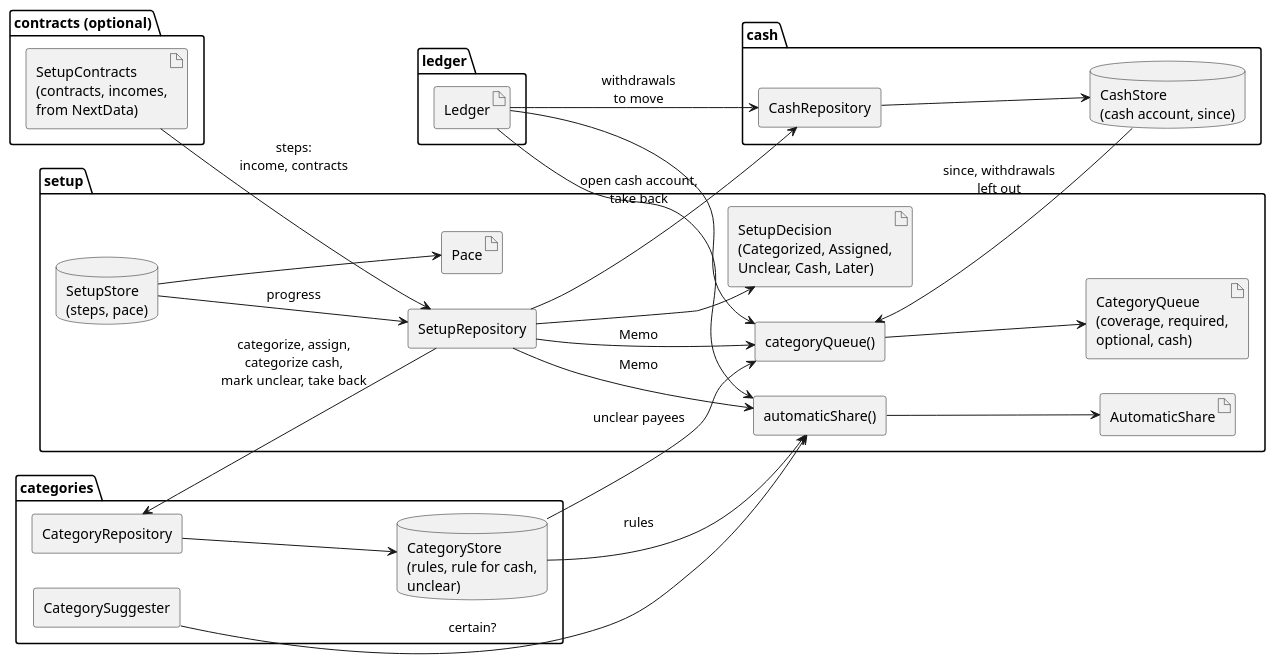
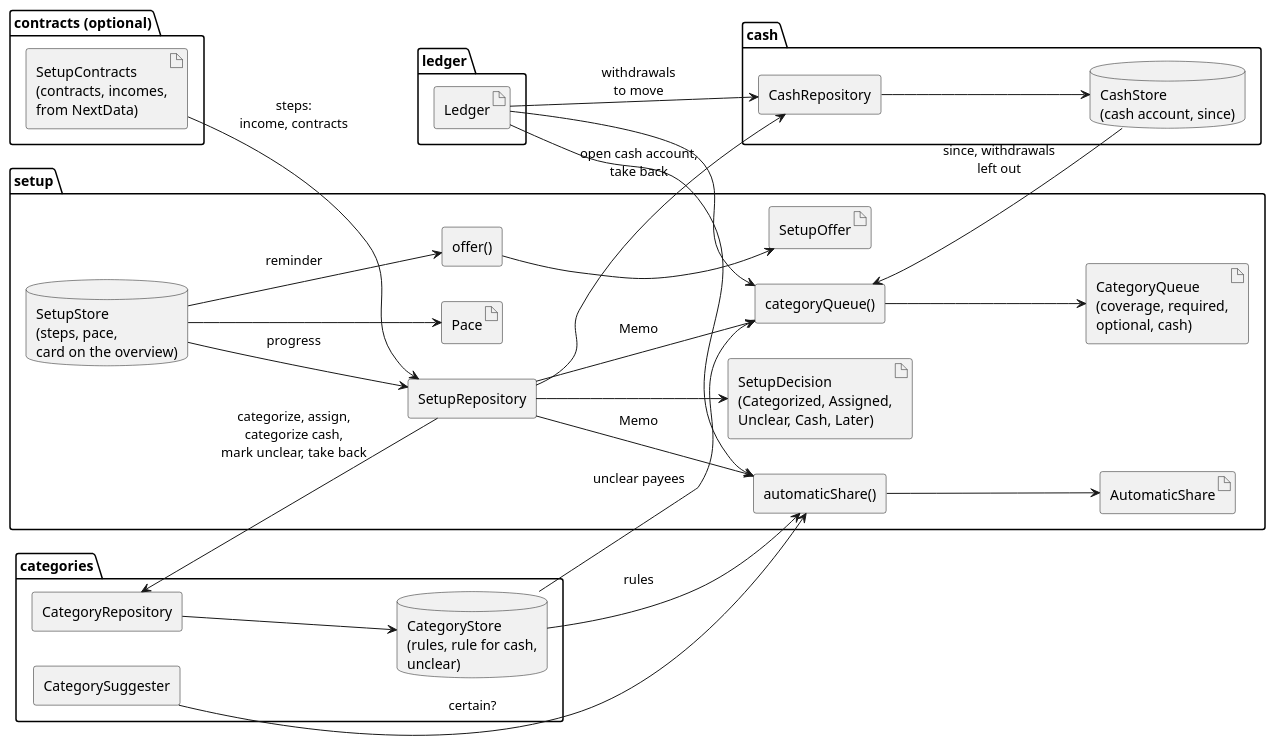
One commit to castn/MyExpenses changed the diagram in next/data/setup/src/main/java/org/totschnig/myexpenses/next/data/setup/setup.puml. Above: the diagram before and after it, drawn with PlantUML. The commit also changed 2 other files, not shown here.

Commit message:
Describe the setup card on the overview
The READMEs of the setup tell when the card takes the overview over, when the small card comes back after it was put away and how the settings resume or restart the setup, and setup.puml shows offer.

```diff
--- a/next/data/setup/src/main/java/org/totschnig/myexpenses/next/data/setup/setup.puml
+++ b/next/data/setup/src/main/java/org/totschnig/myexpenses/next/data/setup/setup.puml
@@ -1,53 +1,57 @@
 @startuml setup
 skinparam componentStyle rectangle
 skinparam shadowing false
 left to right direction
 
 package "ledger" {
   artifact Ledger
 }
 package "categories" {
   [CategoryRepository] as categoryRepository
   database "CategoryStore\n(rules, rule for cash,\nunclear)" as categoryStore
   [CategorySuggester] as suggester
 }
 package "cash" {
   [CashRepository] as cashRepository
   database "CashStore\n(cash account, since)" as cashStore
 }
 package "contracts (optional)" {
   artifact "SetupContracts\n(contracts, incomes,\nfrom NextData)" as setupContracts
 }
 
 package "setup" {
   [categoryQueue()] as queueFn
   artifact "CategoryQueue\n(coverage, required,\noptional, cash)" as queue
   [automaticShare()] as shareFn
   artifact AutomaticShare as share
   [SetupRepository] as repository
   artifact "SetupDecision\n(Categorized, Assigned,\nUnclear, Cash, Later)" as decision
-  database "SetupStore\n(steps, pace)" as store
+  database "SetupStore\n(steps, pace,\ncard on the overview)" as store
   artifact "Pace" as pace
+  [offer()] as offerFn
+  artifact SetupOffer as offer
 }
 
 Ledger --> queueFn
 categoryStore --> queueFn : unclear payees
 cashStore --> queueFn : since, withdrawals\nleft out
 queueFn --> queue
 Ledger --> shareFn
 categoryStore --> shareFn : rules
 suggester --> shareFn : certain?
 shareFn --> share
 repository --> queueFn : Memo
 repository --> shareFn : Memo
 repository --> categoryRepository : categorize, assign,\ncategorize cash,\nmark unclear, take back
 repository --> cashRepository : open cash account,\ntake back
 repository --> decision
 cashRepository --> cashStore
 Ledger --> cashRepository : withdrawals\nto move
 categoryRepository --> categoryStore
 setupContracts --> repository : steps:\nincome, contracts
 store --> repository : progress
 store --> pace
+store --> offerFn : reminder
+offerFn --> offer
 
 @enduml
```
